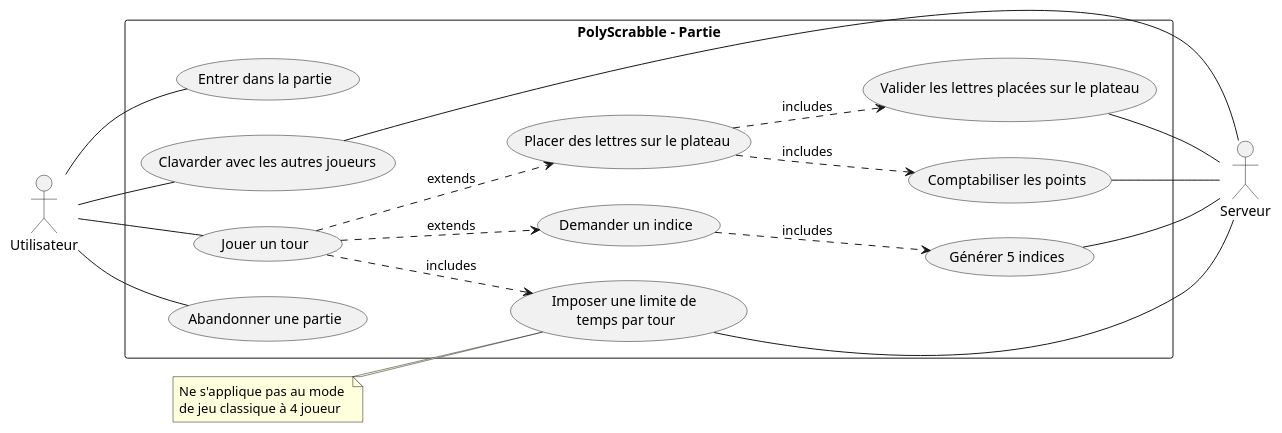
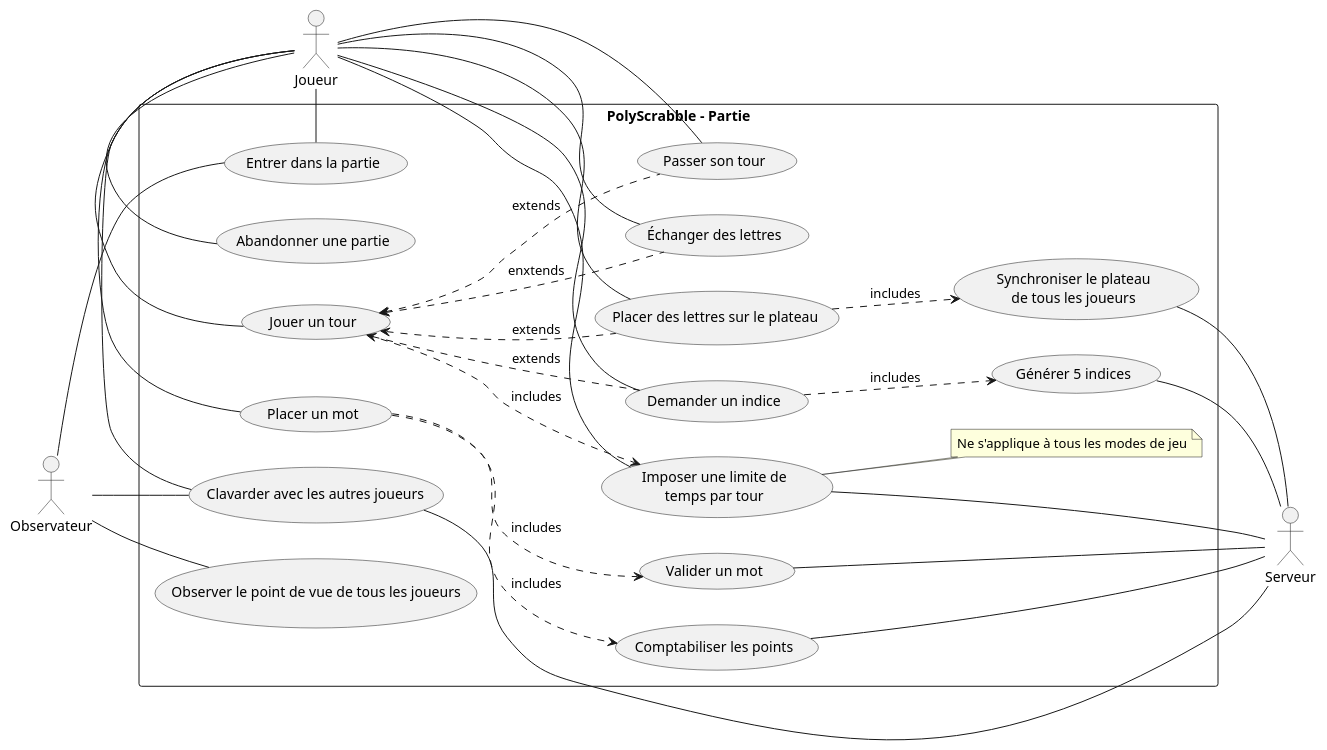
Before and after one commit to yasskadd/Scrabble: the sixth of 16 diagrams in doc/LOG3900-110_Architecture_Logiciel.md, drawn with PlantUML. The commit also changed other lines of this file, not shown here.

Commit message:
more UML

```diff
--- a/doc/LOG3900-110_Architecture_Logiciel.md
+++ b/doc/LOG3900-110_Architecture_Logiciel.md
@@ -176,41 +200,64 @@
 @startuml
 
 left to right direction
 
-actor Utilisateur as user
+actor Joueur as user
+actor Observateur as obs
 actor Serveur as server
 
 rectangle "PolyScrabble - Partie" {
 usecase "Entrer dans la partie" as UC1
 usecase "Clavarder avec les autres joueurs" as UC4
 usecase "Jouer un tour" as UC10
 usecase "Placer des lettres sur le plateau" as UC2
-usecase "Comptabiliser les points" as UC5
+usecase "Placer un mot" as UC13
 usecase "Abandonner une partie" as UC6
 usecase "Demander un indice" as UC7
 usecase "Générer 5 indices" as UC8
-usecase "Valider les lettres placées sur le plateau" as UC9
-usecase "Imposer une limite de \ntemps par tour" as UC11
+usecase "Valider un mot" as UC9
+usecase "Imposer une limite de\ntemps par tour" as UC11
+usecase "Passer son tour" as UC12
+usecase "Comptabiliser les points" as UC5
+usecase "Synchroniser le plateau\nde tous les joueurs" as UC14
+usecase "Échanger des lettres" as UC15
+usecase "Observer le point de vue de tous les joueurs" as UC16
+note "Ne s'applique à tous les modes de jeu" as note1
 }
 
-user -- UC1
-user -- UC6
-user -- UC4
-user -- UC10
+note1 -u- UC11
 
-UC10 ..> UC2 : extends
-UC10 ..> UC7 : extends
+user - UC1
+user - UC6
+user - UC4
+user - UC10
+
+user - UC2
+user - UC7
+user - UC11
+user - UC12
+user - UC13
+user - UC15
+
+obs -- UC4
+obs -- UC16
+obs -- UC1
+
+UC10 <.. UC2 : extends
+UC10 <.. UC7 : extends
+UC10 <.. UC12 : extends
+UC10 <.. UC15 : enxtends
 UC10 ..> UC11 : includes
+
 UC7 ..> UC8 : includes
-UC2 ..> UC9 : includes
-UC2 ..> UC5 : includes
+UC13 ..> UC9 : includes
+UC13 ..> UC5 : includes
+UC2 ..> UC14 : includes
 
+UC4 -- server
+UC5 -- server
 UC8 -- server
-UC5 -- server
 UC9 -- server
-UC4 -- server
 UC11 -- server
-
-note left of UC11 : Ne s'applique pas au mode \nde jeu classique à 4 joueur
+UC14 -- server
 
 @enduml
```
